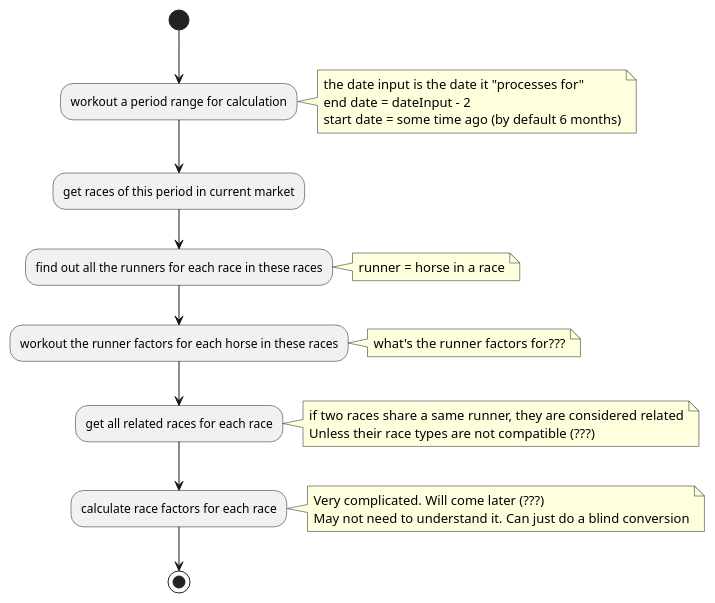
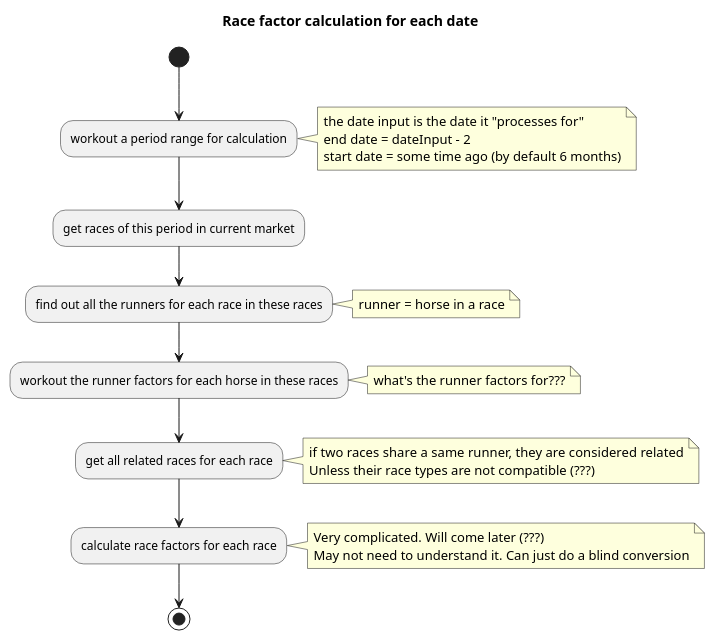
Before and after one commit to Ramadamadam/fl-track-mate-rating-algorithm: the diagram in doc/java-code-flow/02.factors-calculation-for-each-date.puml, drawn with PlantUML. The commit also changed 4 other files, not shown here.

```diff
--- a/doc/java-code-flow/02.factors-calculation-for-each-date.puml
+++ b/doc/java-code-flow/02.factors-calculation-for-each-date.puml
@@ -1,36 +1,37 @@
 @startuml
+title Race factor calculation for each date
 (*) --> "workout a period range for calculation"
 
 note right
     the date input is the date it "processes for"
     end date = dateInput - 2
     start date = some time ago (by default 6 months)
 end note
 
 
 "workout a period range for calculation" --> "get races of this period in current market"
 
 "get races of this period in current market" --> "find out all the runners for each race in these races"
 note right
 runner = horse in a race
 end note
 
 "find out all the runners for each race in these races" --> "workout the runner factors for each horse in these races"
 note right
 what's the runner factors for???
 end note
 
 "workout the runner factors for each horse in these races" --> "get all related races for each race"
 note right
 if two races share a same runner, they are considered related
 Unless their race types are not compatible (???)
 end note
 
 "get all related races for each race" --> "calculate race factors for each race"
 note right
 Very complicated. Will come later (???)
 May not need to understand it. Can just do a blind conversion
 end note
 
 "calculate race factors for each race" --> (*)
 @enduml
```
